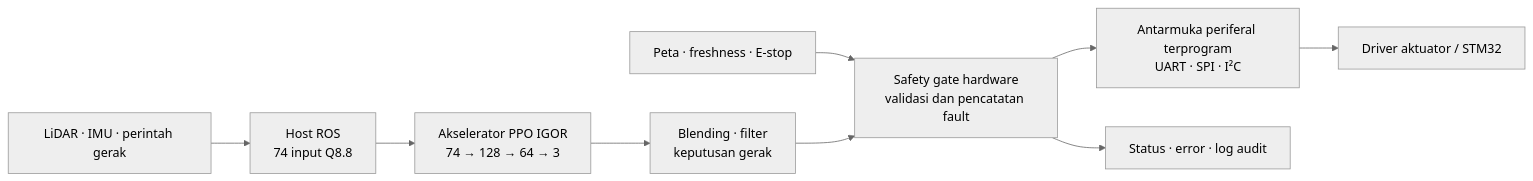
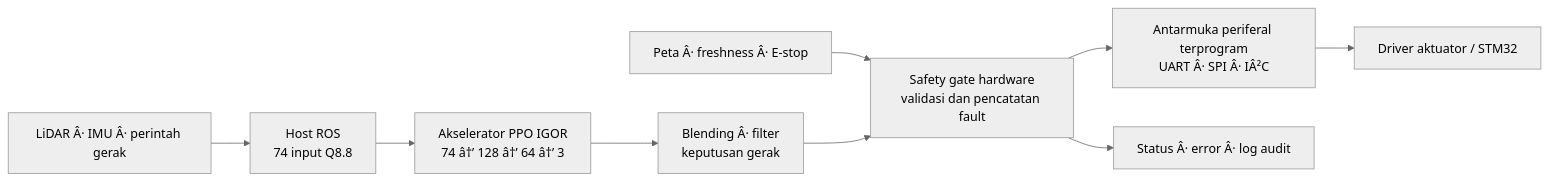
Before and after one commit to karolyangqian/igor_ws: the diagram in fpga/CHIP_ADVANTAGES.md, drawn with Mermaid (neutral theme). The commit also changed other lines of this file and 2 other files, not shown here.

Commit message:
docs: brand IGOR around FPGA core architecture and cycle metrics

````diff
--- a/fpga/CHIP_ADVANTAGES.md
+++ b/fpga/CHIP_ADVANTAGES.md
@@ -11,11 +13,11 @@
 ```mermaid
 flowchart LR
-    S[LiDAR · IMU · perintah gerak] --> H[Host ROS\n74 input Q8.8]
-    H --> A[Akselerator PPO IGOR\n74 → 128 → 64 → 3]
-    A --> C[Blending · filter\nkeputusan gerak]
-    M[Peta · freshness · E-stop] --> G[Safety gate hardware\nvalidasi dan pencatatan fault]
+    S[LiDAR Â· IMU Â· perintah gerak] --> H[Host ROS\n74 input Q8.8]
+    H --> A[Akselerator PPO IGOR\n74 â†’ 128 â†’ 64 â†’ 3]
+    A --> C[Blending Â· filter\nkeputusan gerak]
+    M[Peta Â· freshness Â· E-stop] --> G[Safety gate hardware\nvalidasi dan pencatatan fault]
     C --> G
-    G --> P[Antarmuka periferal terprogram\nUART · SPI · I²C]
+    G --> P[Antarmuka periferal terprogram\nUART Â· SPI Â· IÂ²C]
     P --> D[Driver aktuator / STM32]
-    G --> L[Status · error · log audit]
+    G --> L[Status Â· error Â· log audit]
 ```
````
